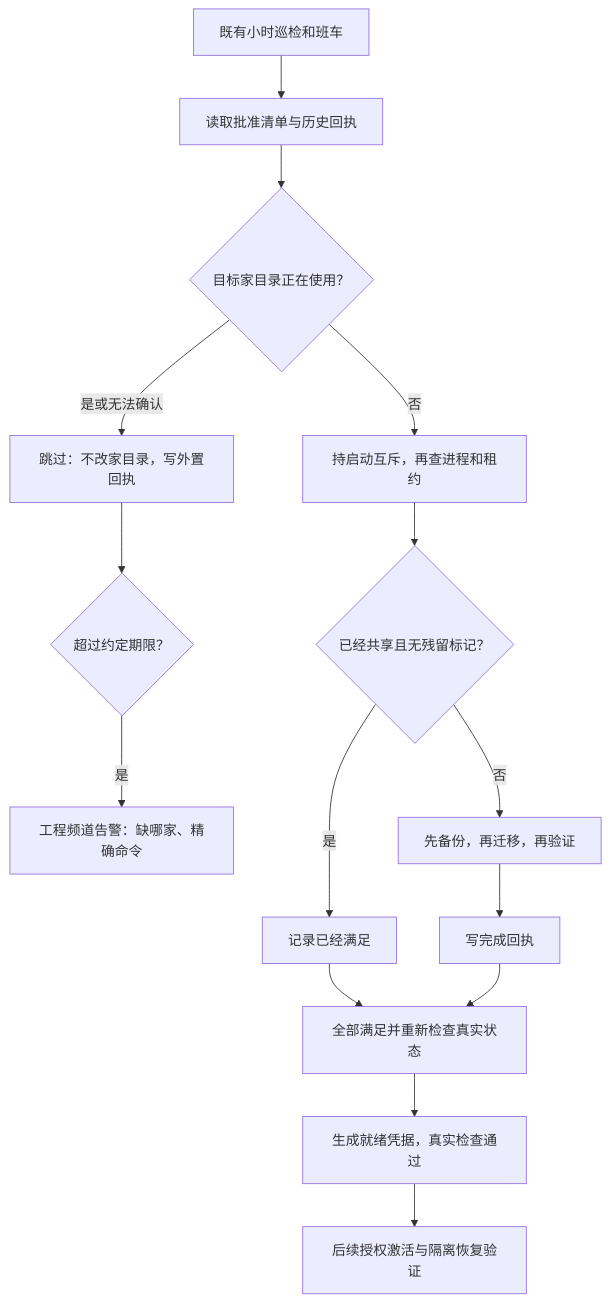
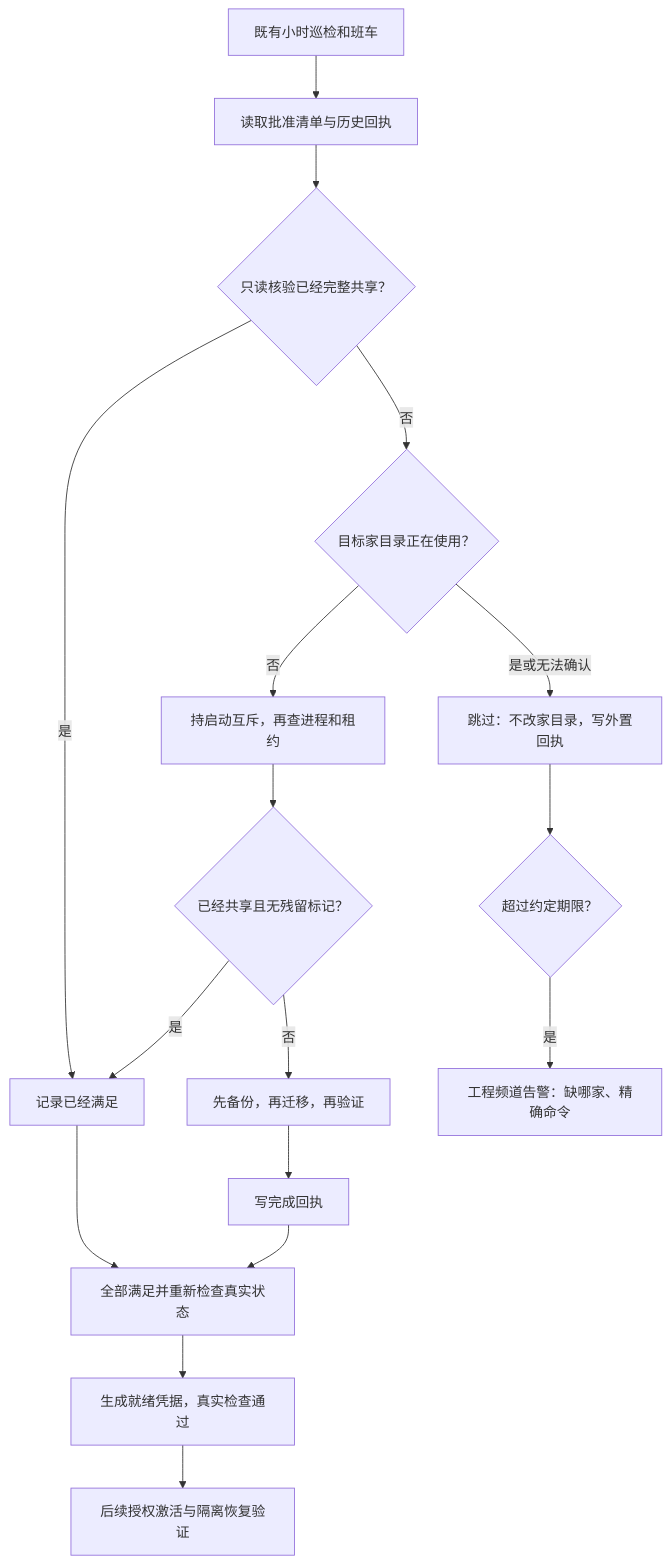
One commit to xrliAnnie/flywheel-qa-sandbox changed the diagram in engineering/doc/FLY-2523-quota-home-readiness/flow.mmd. Above: the diagram before and after it, drawn with Mermaid. The commit also changed 5 other files, not shown here.

```diff
--- a/engineering/doc/FLY-2523-quota-home-readiness/flow.mmd
+++ b/engineering/doc/FLY-2523-quota-home-readiness/flow.mmd
@@ -1,15 +1,17 @@
 flowchart TD
  A[既有小时巡检和班车] --> B[读取批准清单与历史回执]
- B --> C{目标家目录正在使用？}
+ B --> S{只读核验已经完整共享？}
+ S -->|是| G[记录已经满足]
+ S -->|否| C{目标家目录正在使用？}
  C -->|是或无法确认| D[跳过：不改家目录，写外置回执]
  C -->|否| E[持启动互斥，再查进程和租约]
  E --> F{已经共享且无残留标记？}
- F -->|是| G[记录已经满足]
+ F -->|是| G
  F -->|否| H[先备份，再迁移，再验证]
  H --> I[写完成回执]
  D --> J{超过约定期限？}
  J -->|是| K[工程频道告警：缺哪家、精确命令]
  G --> L[全部满足并重新检查真实状态]
  I --> L
  L --> M[生成就绪凭据，真实检查通过]
  M --> N[后续授权激活与隔离恢复验证]
```
